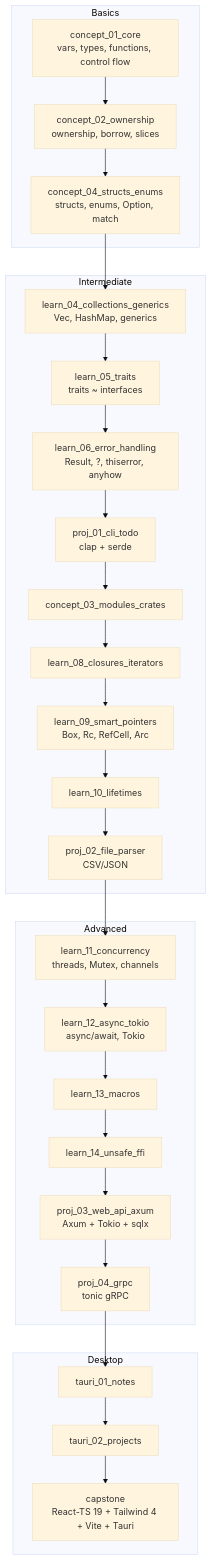
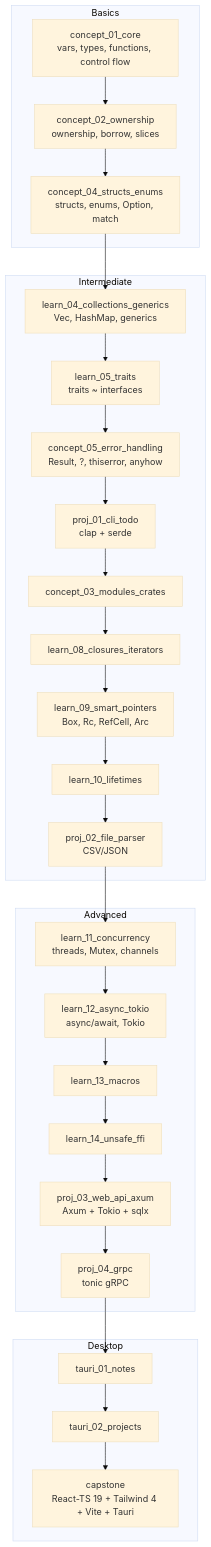
Before and after one commit to devravinder/learn-rust: the diagram in README.md, drawn with Mermaid (base theme). The commit also changed 9 other files, not shown here.

Commit message:
feat: error handling

````diff
--- a/README.md
+++ b/README.md
@@ -43,31 +43,31 @@
 ```mermaid
 graph TD
     subgraph Basics
         A[concept_01_core<br/>vars, types, functions, control flow] --> B[concept_02_ownership<br/>ownership, borrow, slices]
         B --> C[concept_04_structs_enums<br/>structs, enums, Option, match]
     end
     subgraph Intermediate
         C --> D[learn_04_collections_generics<br/>Vec, HashMap, generics]
         D --> E[learn_05_traits<br/>traits ~ interfaces]
-        E --> F[learn_06_error_handling<br/>Result, ?, thiserror, anyhow]
+        E --> F[concept_05_error_handling<br/>Result, ?, thiserror, anyhow]
         F --> P1[proj_01_cli_todo<br/>clap + serde]
         P1 --> G[concept_03_modules_crates]
         G --> H[learn_08_closures_iterators]
         H --> I[learn_09_smart_pointers<br/>Box, Rc, RefCell, Arc]
         I --> J[learn_10_lifetimes]
         J --> P2[proj_02_file_parser<br/>CSV/JSON]
     end
     subgraph Advanced
         P2 --> K[learn_11_concurrency<br/>threads, Mutex, channels]
         K --> L[learn_12_async_tokio<br/>async/await, Tokio]
         L --> M[learn_13_macros]
         M --> N[learn_14_unsafe_ffi]
         N --> P3[proj_03_web_api_axum<br/>Axum + Tokio + sqlx]
         P3 --> P4[proj_04_grpc<br/>tonic gRPC]
     end
     subgraph Desktop
         P4 --> T1[tauri_01_notes]
         T1 --> T2[tauri_02_projects]
         T2 --> CAP[capstone<br/>React-TS 19 + Tailwind 4 + Vite + Tauri]
     end
 ```
````
